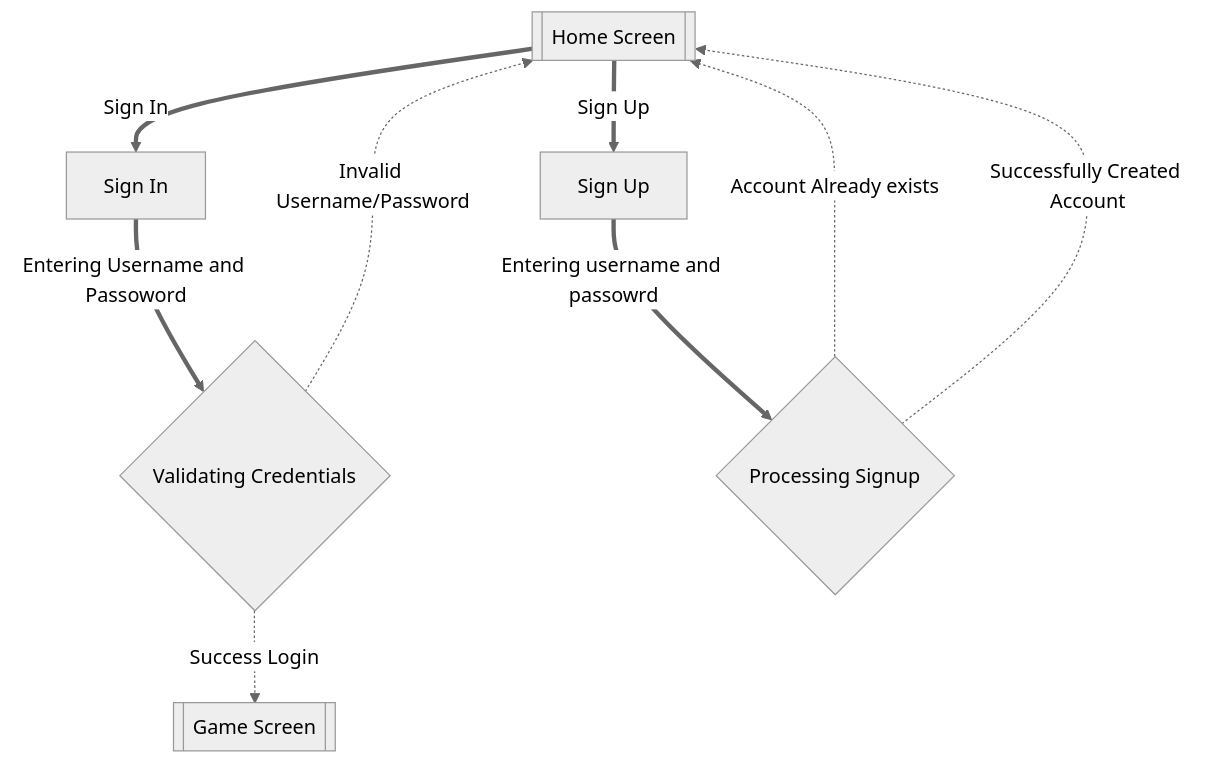
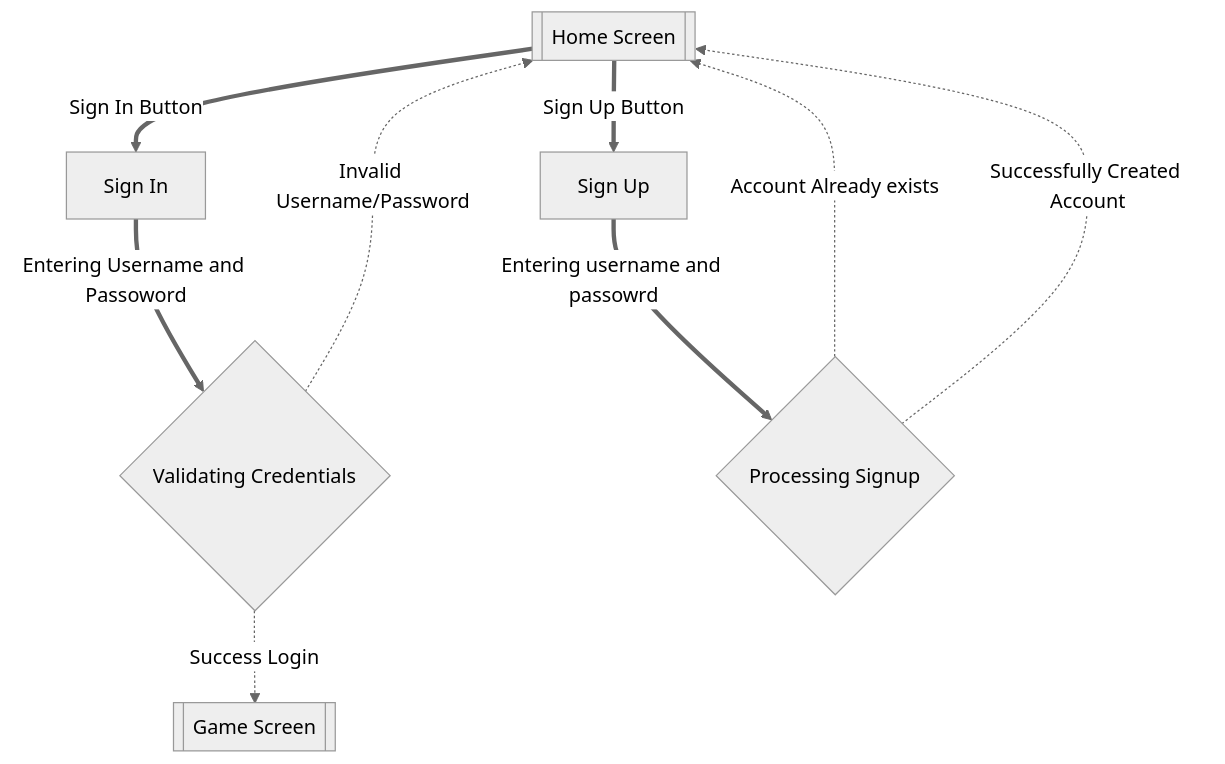
The first of 3 diagrams in flows.md (umangmehta0007/Clicker), drawn with Mermaid (neutral theme) before and after one commit. The commit also changed other lines of this file and 1 other file, not shown here.

Commit message:
Buttons updated in flows of interactions

````diff
--- a/flows.md
+++ b/flows.md
@@ -11,27 +11,27 @@
 ```mermaid
 
 flowchart
     
     ls[[Home Screen]]
     gs[[Game Screen]]
     signin[Sign In]
     signuo[Sign Up]
     
     credentials{Validating Credentials}
     creation{Processing Signup}
     
-    ls== Sign In ==>signin
-    ls== Sign Up ==>signuo
+    ls== Sign In Button ==>signin
+    ls== Sign Up Button ==>signuo
     
     signin==Entering Username and Passoword==>credentials
     credentials -.Invalid Username/Password.->ls
     credentials -.Success Login.->gs
 
     signuo==Entering username and passowrd ==>creation
     creation -.Account Already exists.->ls
     creation -.Successfully Created Account.->ls
 
 
 
 
 ```
````
